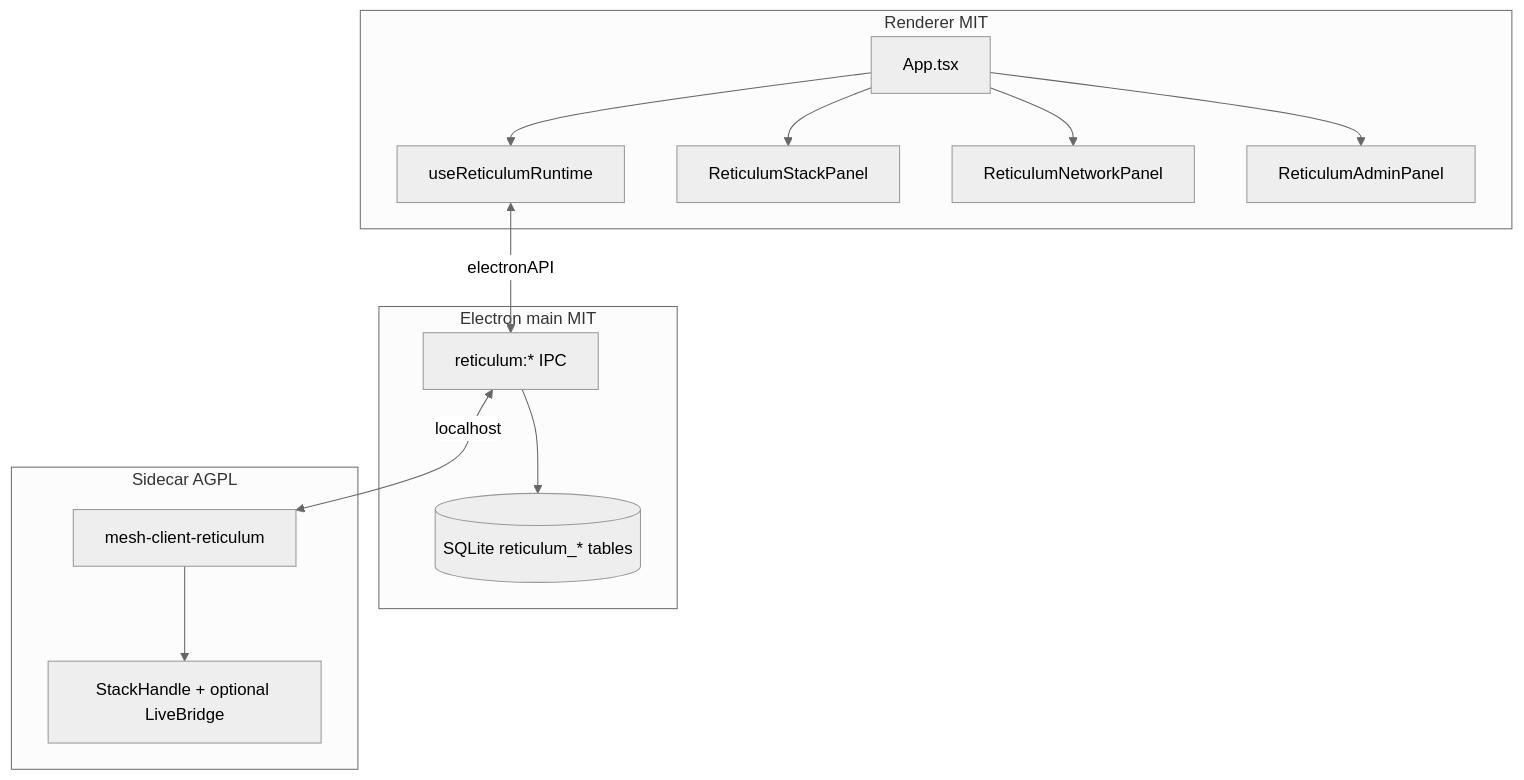
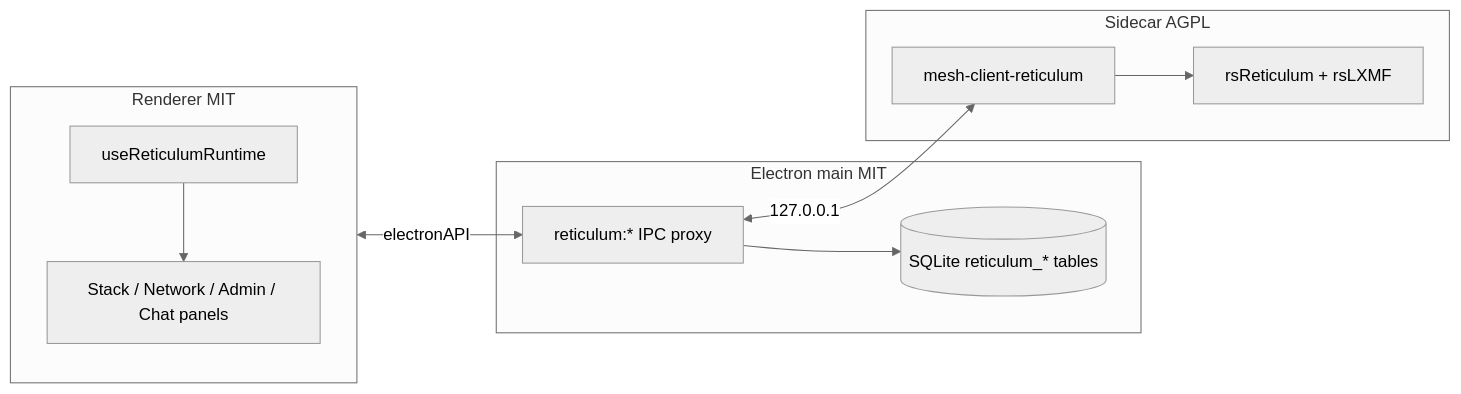
Before and after one commit to Colorado-Mesh/mesh-client: the diagram in docs/reticulum.md, drawn with Mermaid (neutral theme). The commit also changed other lines of this file and 67 other files, not shown here.

````diff
--- a/docs/reticulum.md
+++ b/docs/reticulum.md
@@ -11,26 +68,20 @@
 ```mermaid
-flowchart TB
+flowchart LR
   subgraph ui [Renderer MIT]
-    App[App.tsx]
     RT[useReticulumRuntime]
-    Stack[ReticulumStackPanel]
-    Network[ReticulumNetworkPanel]
-    Admin[ReticulumAdminPanel]
-    App --> RT
-    App --> Stack
-    App --> Network
-    App --> Admin
+    Panels[Stack / Network / Admin / Chat panels]
+    RT --> Panels
   end
   subgraph main [Electron main MIT]
-    IPC[reticulum:* IPC]
+    IPC[reticulum:* IPC proxy]
     DB[(SQLite reticulum_* tables)]
     IPC --> DB
   end
-  subgraph rust [Sidecar AGPL]
-    Daemon[mesh-client-reticulum]
-    StackH[StackHandle + optional LiveBridge]
-    Daemon --> StackH
+  subgraph sidecar [Sidecar AGPL]
+    Bin[mesh-client-reticulum]
+    RNS[rsReticulum + rsLXMF]
+    Bin --> RNS
   end
-  RT <-->|electronAPI| IPC
-  IPC <-->|localhost| Daemon
+  ui <-->|electronAPI| IPC
+  IPC <-->|127.0.0.1| Bin
 ```
````
